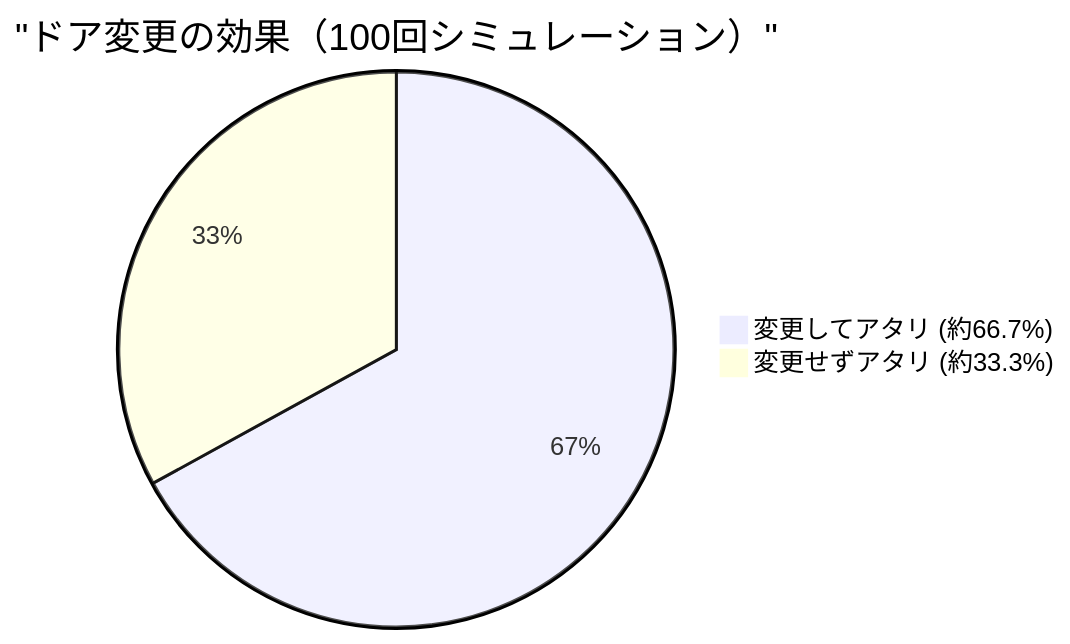
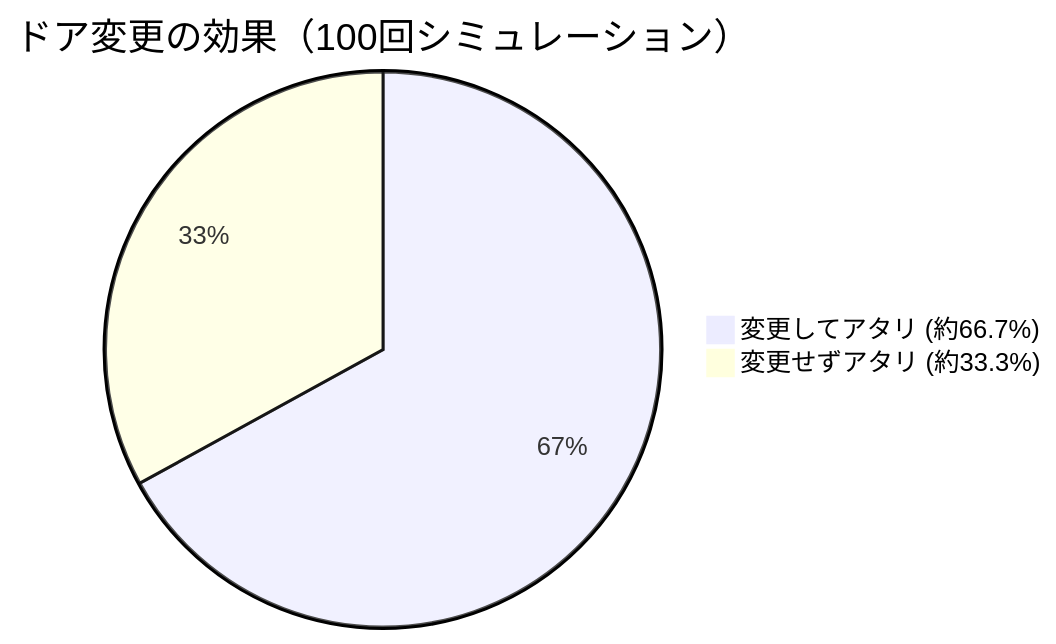
One commit to kenjinote/blog changed the second of 2 diagrams in content/post/モンティ・ホール問題/index.md. Above: the diagram before and after it, drawn with Mermaid. The commit also changed 703 other files, not shown here.

Commit message:
Fix: Remove quotes from Mermaid link texts and timeline definitions to support Mermaid 11.4.1

````diff
--- a/content/post/モンティ・ホール問題/index.md
+++ b/content/post/モンティ・ホール問題/index.md
@@ -162,5 +162,5 @@
 ```mermaid
-pie title "ドア変更の効果（100回シミュレーション）"
+pie title ドア変更の効果（100回シミュレーション）
     "変更してアタリ (約66.7%)" : 67
     "変更せずアタリ (約33.3%)" : 33
 ```
````
